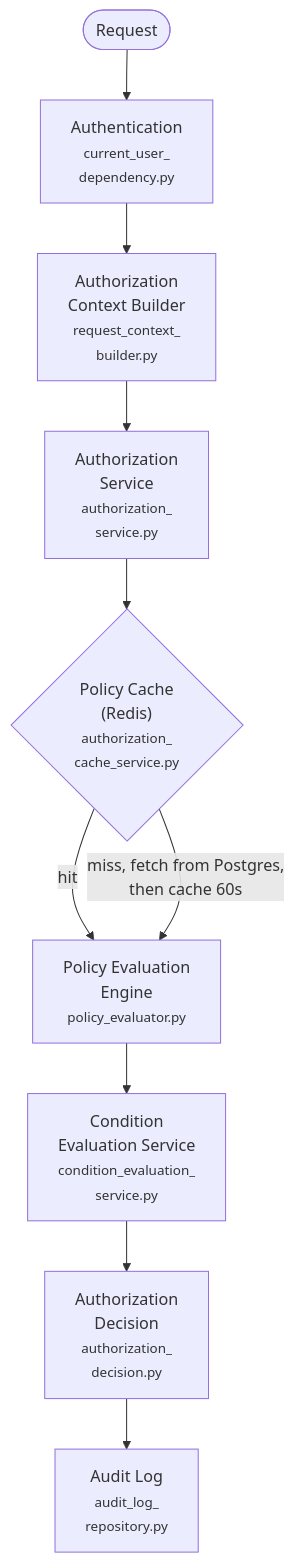
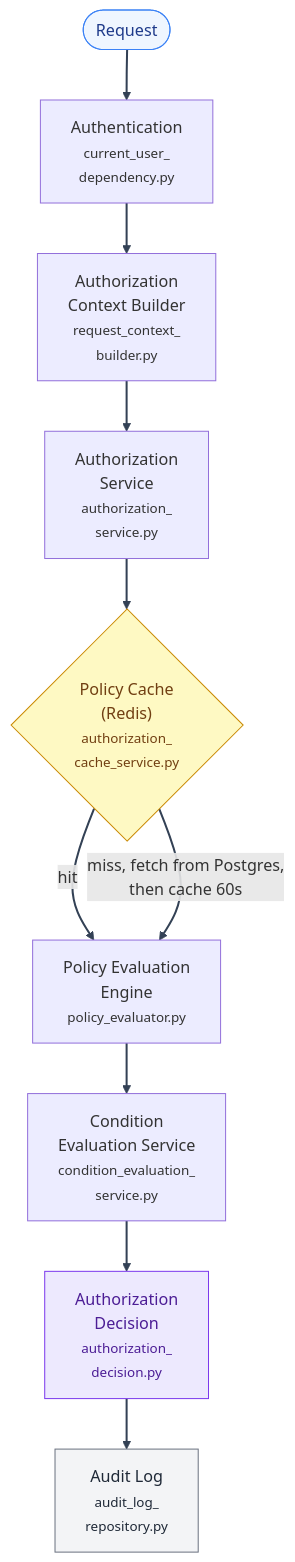
One commit to Nachiket-2024/mystic-auth changed the first of 3 diagrams in docs/mystic_auth/authorization/architecture.md. Above: the diagram before and after it, drawn with Mermaid. The commit also changed other lines of this file and 630 other files, not shown here.

````diff
--- a/docs/mystic_auth/authorization/architecture.md
+++ b/docs/mystic_auth/authorization/architecture.md
@@ -5,17 +6,28 @@
 ```mermaid
+%%{init: {"themeVariables": {"lineColor": "#334155"}} }%%
 flowchart TD
     Request(["Request"])
-    Auth["Authentication<br/><small>current_user_<br/>dependency.py</small>"]
-    Ctx["Authorization<br/>Context Builder<br/><small>request_context_<br/>builder.py</small>"]
-    Svc["Authorization<br/>Service<br/><small>authorization_<br/>service.py</small>"]
-    Cache{"Policy Cache<br/>(Redis)<br/><small>authorization_<br/>cache_service.py</small>"}
-    Eng["Policy Evaluation<br/>Engine<br/><small>policy_evaluator.py</small>"]
-    Cond["Condition<br/>Evaluation Service<br/><small>condition_evaluation_<br/>service.py</small>"]
-    Dec["Authorization<br/>Decision<br/><small>authorization_<br/>decision.py</small>"]
-    Log["Audit Log<br/><small>audit_log_<br/>repository.py</small>"]
+    Auth["Authentication<br/> <small>current_user_<br/> dependency.py</small>"]
+    Ctx["Authorization<br/> Context Builder<br/> <small>request_context_<br/> builder.py</small>"]
+    Svc["Authorization<br/> Service<br/> <small>authorization_<br/> service.py</small>"]
+    Cache{"Policy Cache<br/> (Redis)<br/> <small>authorization_<br/> cache_service.py</small>"}
+    Eng["Policy Evaluation<br/> Engine<br/> <small>policy_evaluator.py</small>"]
+    Cond["Condition<br/> Evaluation Service<br/> <small>condition_evaluation_<br/> service.py</small>"]
+    Dec["Authorization<br/> Decision<br/> <small>authorization_<br/> decision.py</small>"]
+    Log["Audit Log<br/> <small>audit_log_<br/> repository.py</small>"]
 
     Request --> Auth --> Ctx --> Svc --> Cache
     Cache -- "hit" --> Eng
-    Cache -- "miss, fetch from Postgres,<br/>then cache 60s" --> Eng
+    Cache -- "miss, fetch from Postgres,<br/> then cache 60s" --> Eng
     Eng --> Cond --> Dec --> Log
+
+    classDef entry fill:#eff6ff,stroke:#3b82f6,color:#1e3a8a
+    classDef cache fill:#fef9c3,stroke:#ca8a04,color:#713f12
+    classDef decision fill:#ede9fe,stroke:#7c3aed,color:#4c1d95
+    classDef terminal fill:#f3f4f6,stroke:#6b7280,color:#1f2937
+    class Request entry
+    class Cache cache
+    class Dec decision
+    class Log terminal
+    linkStyle default stroke:#334155,stroke-width:2px
 ```
````
